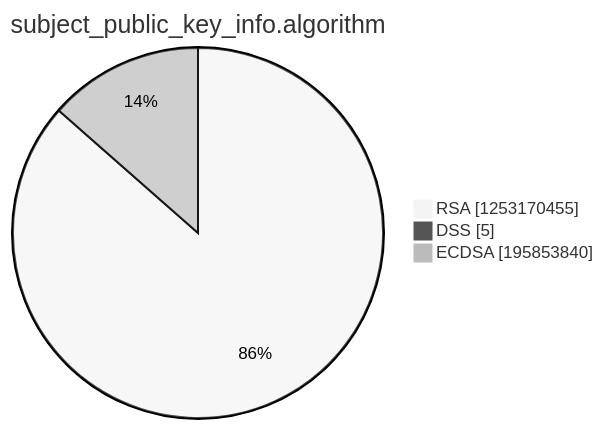
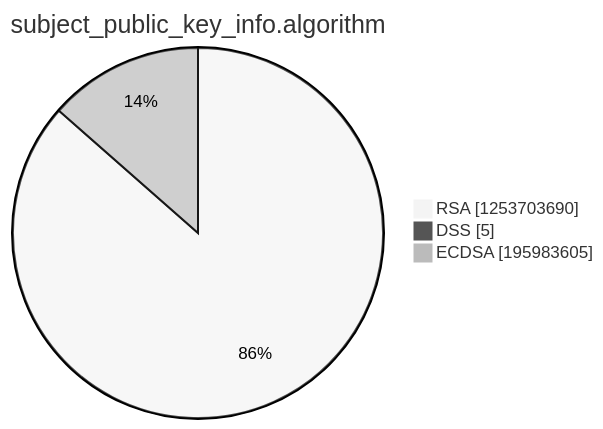
The third of 15 diagrams in argon2022/README.md (christiankrug/ctmonitor_visualization), drawn with Mermaid (neutral theme) before and after one commit. The commit also changed other lines of this file, not shown here.

````diff
--- a/argon2022/README.md
+++ b/argon2022/README.md
@@ -14,7 +14,7 @@
 ```mermaid
 pie showData
 title subject_public_key_info.algorithm
-"RSA" :1253170455
+"RSA" :1253703690
 "DSS" :5
-"ECDSA" :195853840
+"ECDSA" :195983605
 ```
````
